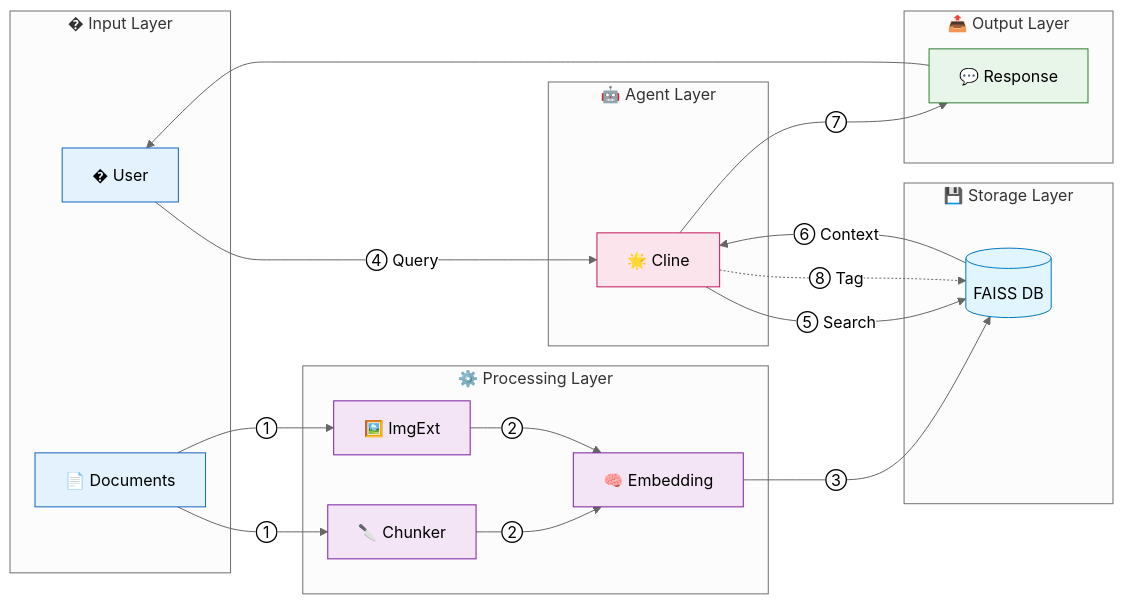
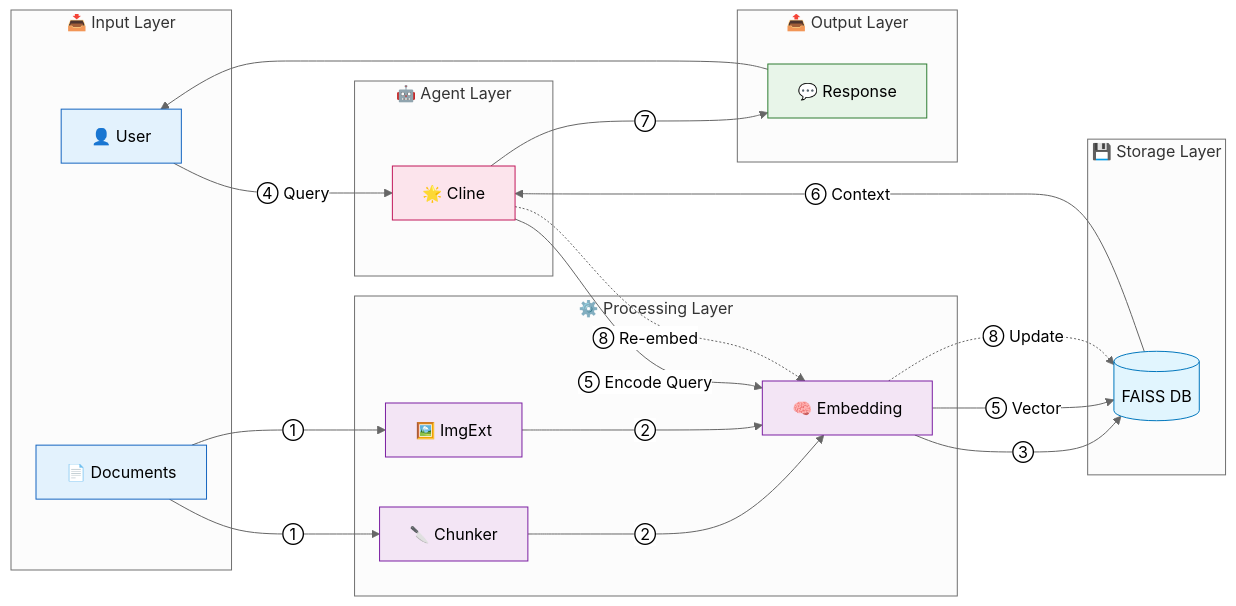
One commit to ngcix/doc-rag changed the fourth of 4 diagrams in report-doc/11-report-clineSR-withRAG.md. Above: the diagram before and after it, drawn with Mermaid (neutral theme). The commit also changed other lines of this file, not shown here.

Commit message:
update report full

````diff
--- a/report-doc/11-report-clineSR-withRAG.md
+++ b/report-doc/11-report-clineSR-withRAG.md
@@ -69,54 +69,56 @@
 ```mermaid
 flowchart LR
-    subgraph INPUT [� Input Layer]
-        User[� User]
+    subgraph INPUT [📥 Input Layer]
+        User[👤 User]
         Docs[📄 Documents]
     end
 
     subgraph PROCESS [⚙️ Processing Layer]
         Chunker[🔪 Chunker]
         ImgExt[🖼️ ImgExt]
         Embed[🧠 Embedding]
     end
 
     subgraph STORAGE [💾 Storage Layer]
         FAISS[(FAISS DB)]
     end
 
     subgraph AGENT [🤖 Agent Layer]
         Cline[🌟 Cline]
     end
 
     subgraph OUTPUT [📤 Output Layer]
         Response[💬 Response]
     end
 
     %% Ingestion Flow (①②③)
     Docs -->|①| Chunker
     Docs -->|①| ImgExt
     Chunker -->|②| Embed
     ImgExt -->|②| Embed
     Embed -->|③| FAISS
 
     %% Query Flow (④⑤⑥⑦)
     User -->|④ Query| Cline
-    Cline -->|⑤ Search| FAISS
+    Cline -->|⑤ Encode Query| Embed
+    Embed -->|⑤ Vector| FAISS
     FAISS -->|⑥ Context| Cline
     Cline -->|⑦| Response
     Response --> User
 
     %% Feedback Flow (⑧)
-    Cline -.->|⑧ Tag| FAISS
+    Cline -.->|⑧ Re-embed| Embed
+    Embed -.->|⑧ Update| FAISS
 
     classDef inputStyle fill:#e3f2fd,stroke:#1565c0
     classDef processStyle fill:#f3e5f5,stroke:#7b1fa2
     classDef storageStyle fill:#e1f5fe,stroke:#0277bd
     classDef agentStyle fill:#fce4ec,stroke:#c2185b
     classDef outputStyle fill:#e8f5e9,stroke:#2e7d32
 
     class User,Docs inputStyle
     class Chunker,ImgExt,Embed processStyle
     class FAISS storageStyle
     class Cline agentStyle
     class Response outputStyle
 ```
````
